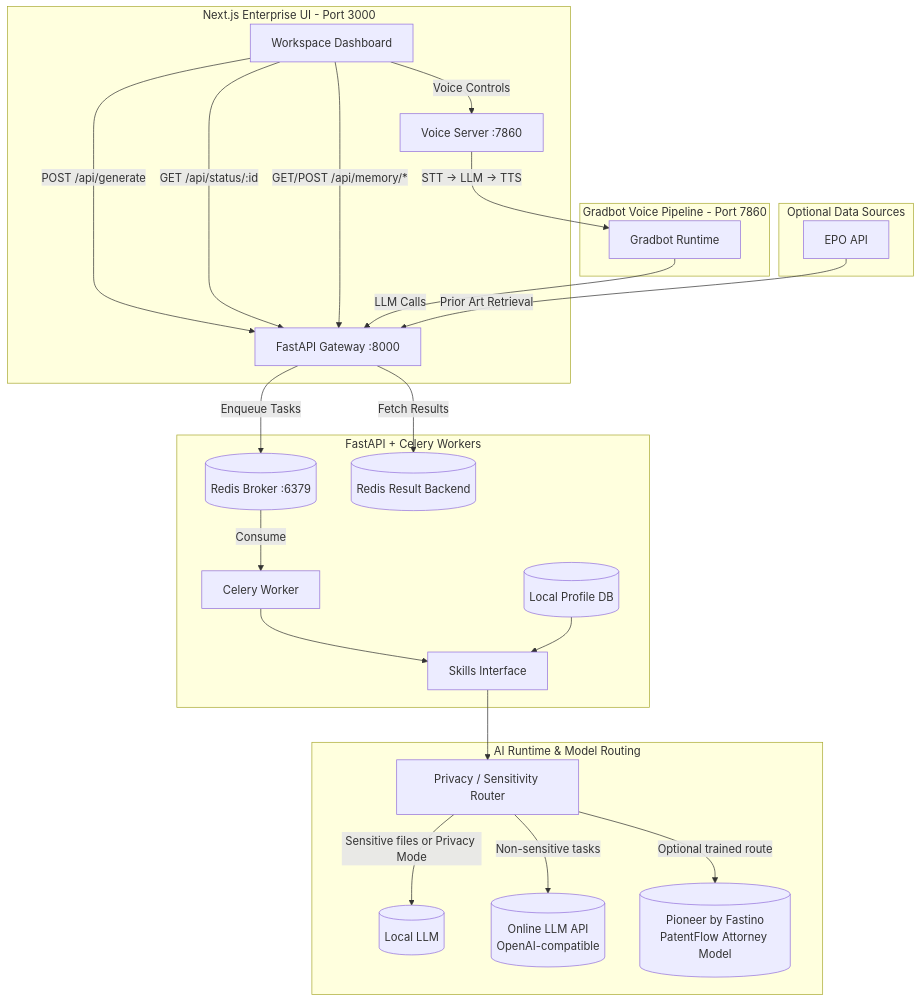
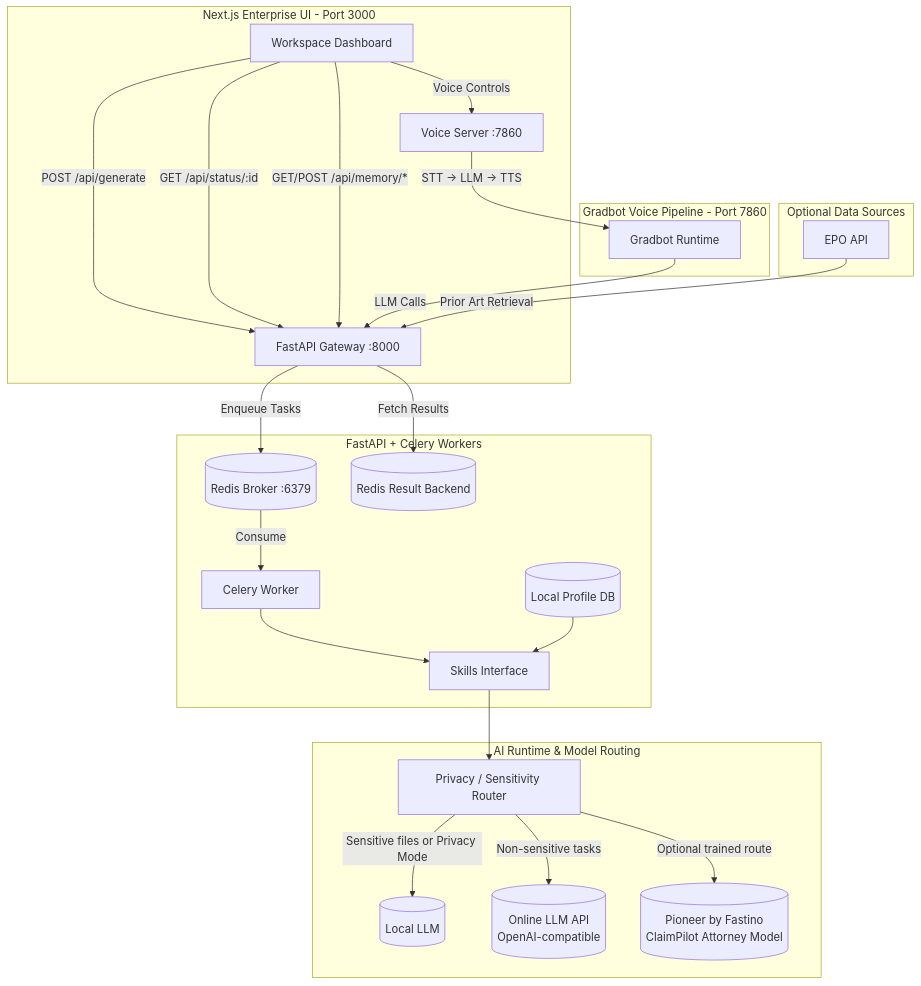
One commit to sinonchum/PatentFlow changed the diagram in README.md. Above: the diagram before and after it, drawn with Mermaid. The commit also changed other lines of this file and 25 other files, not shown here.

Commit message:
chore: rebrand workspace to ClaimPilot

````diff
--- a/README.md
+++ b/README.md
@@ -51,35 +51,35 @@
 ```mermaid
 graph TD
     subgraph Frontend [Next.js Enterprise UI - Port 3000]
         UI[Workspace Dashboard]
         UI -->|POST /api/generate| API[FastAPI Gateway :8000]
         UI -->|GET /api/status/:id| API
         UI -->|GET/POST /api/memory/*| API
         UI -->|Voice Controls| VoiceS[Voice Server :7860]
     end
 
     subgraph Voice [Gradbot Voice Pipeline - Port 7860]
         VoiceS -->|STT → LLM → TTS| GradbotRT[Gradbot Runtime]
         GradbotRT -->|LLM Calls| API
     end
 
     subgraph Backend [FastAPI + Celery Workers]
         API -->|Enqueue Tasks| Broker[(Redis Broker :6379)]
         API -->|Fetch Results| BackendRedis[(Redis Result Backend)]
         Broker -->|Consume| Worker[Celery Worker]
 
         Worker --> Skills[Skills Interface]
         SQLite[(Local Profile DB)] --> Skills
     end
 
     subgraph External [Optional Data Sources]
         EPO[EPO API] -->|Prior Art Retrieval| API
     end
 
     subgraph AI [AI Runtime & Model Routing]
         Skills --> Router[Privacy / Sensitivity Router]
         Router -->|Sensitive files or Privacy Mode| LocalLLM[(Local LLM)]
         Router -->|Non-sensitive tasks| OnlineAPI[(Online LLM API<br/>OpenAI-compatible)]
-        Router -->|Optional trained route| Fastino[(Pioneer by Fastino<br/>PatentFlow Attorney Model)]
+        Router -->|Optional trained route| Fastino[(Pioneer by Fastino<br/>ClaimPilot Attorney Model)]
     end
 ```
````
